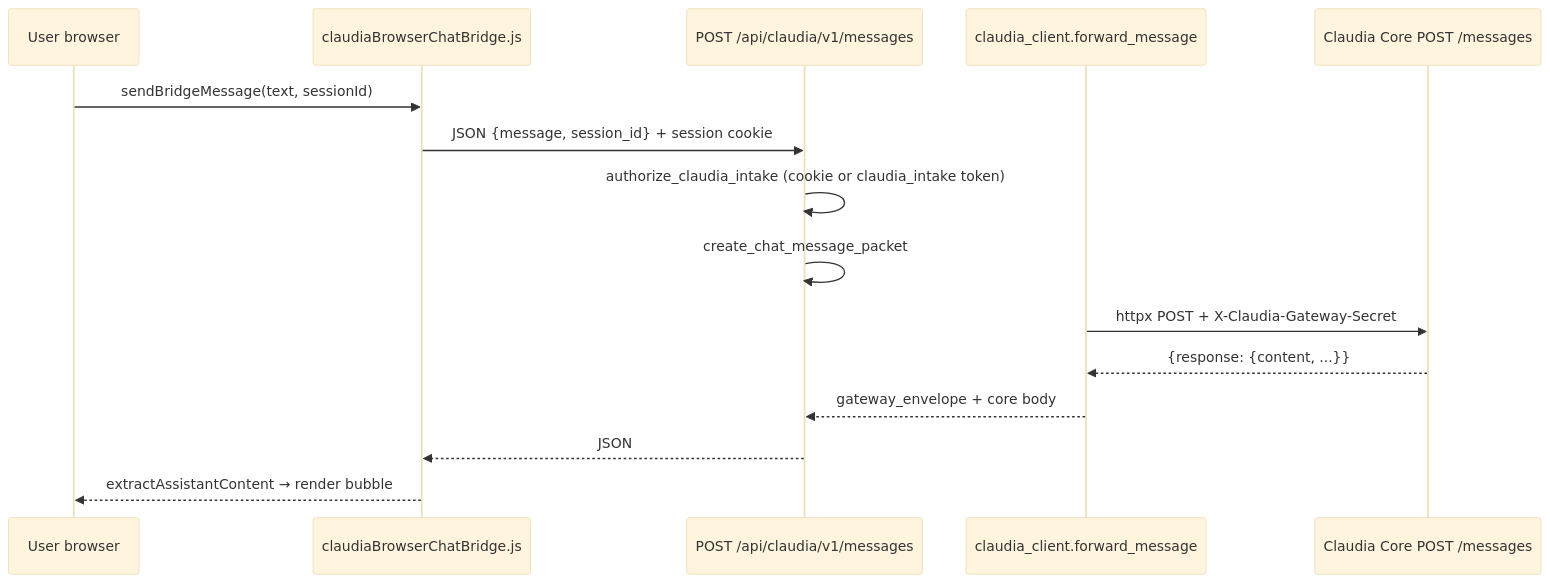
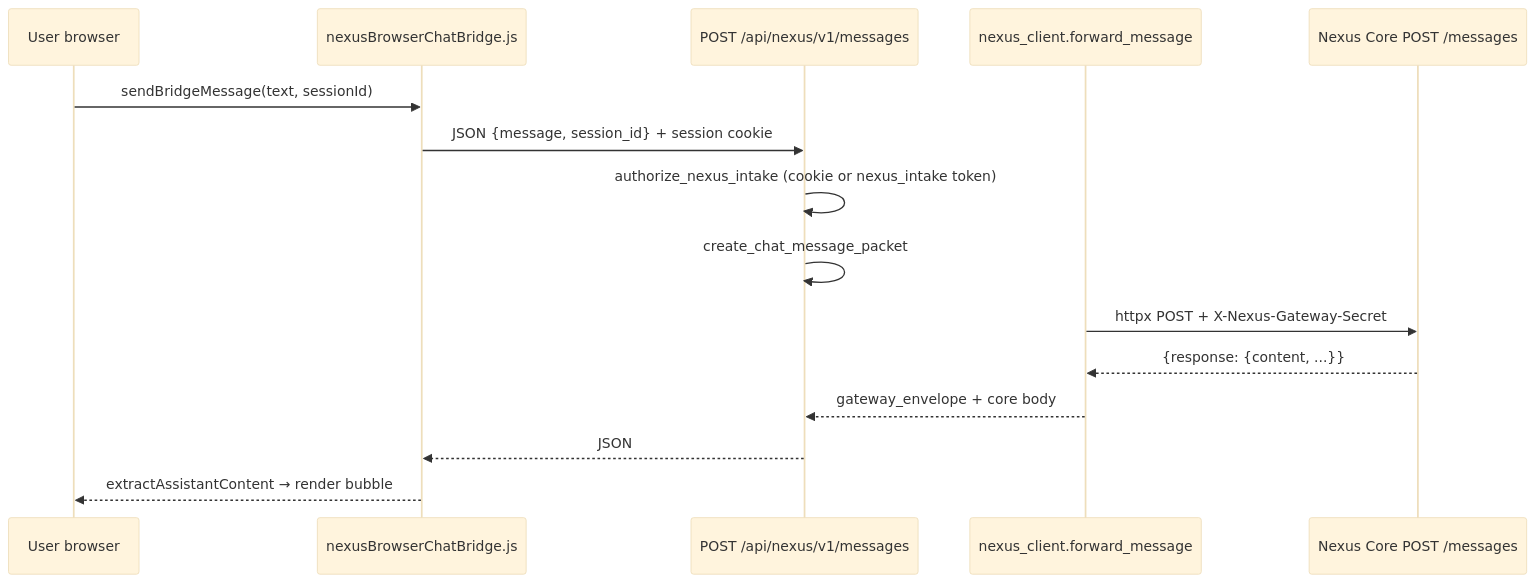
One commit to bretthoffmansage/nexus changed the second of 8 diagrams in docs/specs/nexus_hosted_console_architecture_audit_v1.md. Above: the diagram before and after it, drawn with Mermaid (base theme). The commit also changed other lines of this file and 208 other files, not shown here.

````diff
--- a/docs/specs/nexus_hosted_console_architecture_audit_v1.md
+++ b/docs/specs/nexus_hosted_console_architecture_audit_v1.md
@@ -184,18 +184,18 @@
 ```mermaid
 sequenceDiagram
   participant U as User browser
-  participant CB as claudiaBrowserChatBridge.js
-  participant GW as POST /api/claudia/v1/messages
-  participant CC as claudia_client.forward_message
-  participant Core as Claudia Core POST /messages
+  participant CB as nexusBrowserChatBridge.js
+  participant GW as POST /api/nexus/v1/messages
+  participant CC as nexus_client.forward_message
+  participant Core as Nexus Core POST /messages
 
   U->>CB: sendBridgeMessage(text, sessionId)
   CB->>GW: JSON {message, session_id} + session cookie
-  GW->>GW: authorize_claudia_intake (cookie or claudia_intake token)
+  GW->>GW: authorize_nexus_intake (cookie or nexus_intake token)
   GW->>GW: create_chat_message_packet
-  CC->>Core: httpx POST + X-Claudia-Gateway-Secret
+  CC->>Core: httpx POST + X-Nexus-Gateway-Secret
   Core-->>CC: {response: {content, ...}}
   CC-->>GW: gateway_envelope + core body
   GW-->>CB: JSON
   CB-->>U: extractAssistantContent → render bubble
 ```
````
